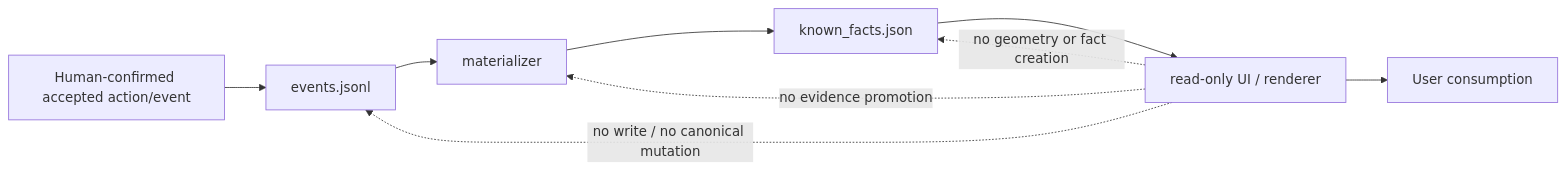
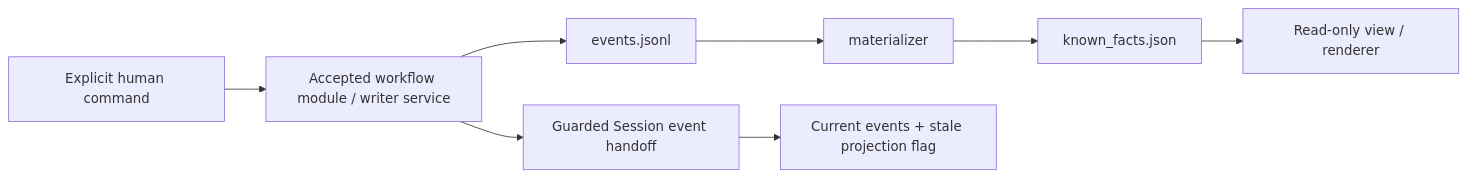
One commit to Fuuduuu/TraceBench changed the first of 2 diagrams in docs/ARCHITECTURE_BOUNDARIES.md. Above: the diagram before and after it, drawn with Mermaid. The commit also changed other lines of this file and 15 other files, not shown here.

````diff
--- a/docs/ARCHITECTURE_BOUNDARIES.md
+++ b/docs/ARCHITECTURE_BOUNDARIES.md
@@ -7,12 +8,10 @@
 ```mermaid
 flowchart LR
-  H["Human-confirmed accepted action/event"] --> E[events.jsonl]
+  H["Explicit human command"] --> W["Accepted workflow module / writer service"]
+  W --> E[events.jsonl]
   E --> M[materializer]
   M --> K[known_facts.json]
-  K --> UI[read-only UI / renderer]
-  UI --> U[User consumption]
-
-  UI -.->|no write / no canonical mutation| E
-  UI -.->|no evidence promotion| M
-  UI -.->|no geometry or fact creation| K
+  K --> V["Read-only view / renderer"]
+  W --> S["Guarded Session event handoff"]
+  S --> ST["Current events + stale projection flag"]
 ```
````
